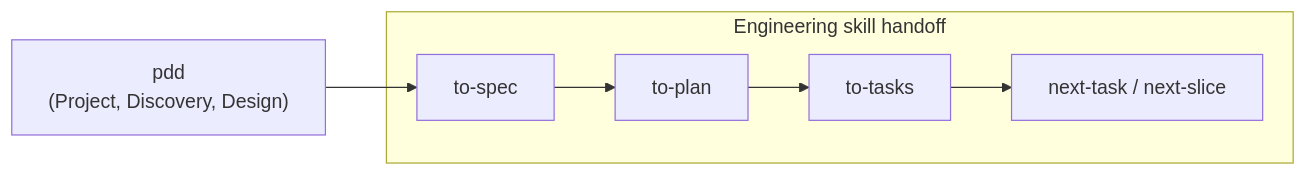
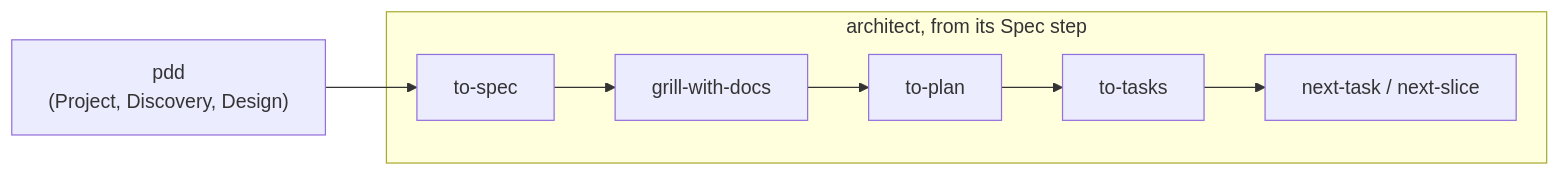
One commit to Integralist/agent-skills changed the second of 2 diagrams in README.md. Above: the diagram before and after it, drawn with Mermaid. The commit also changed other lines of this file and 2 other files, not shown here.

First line of the commit message:
docs(pdd): gate the three documents in four steps and hand off to architect

````diff
--- a/README.md
+++ b/README.md
@@ -373,12 +373,13 @@
 ```mermaid
 flowchart LR
     PDD["pdd<br/>(Project, Discovery, Design)"]
 
-    subgraph Delivery[Engineering skill handoff]
-        ToSpec["to-spec"] --> ToPlan["to-plan"]
+    subgraph Delivery[architect, from its Spec step]
+        ToSpec["to-spec"] --> Grill["grill-with-docs"]
+        Grill --> ToPlan["to-plan"]
         ToPlan --> ToTasks["to-tasks"]
         ToTasks --> Execute["next-task / next-slice"]
     end
 
     PDD --> ToSpec
 ```
````
